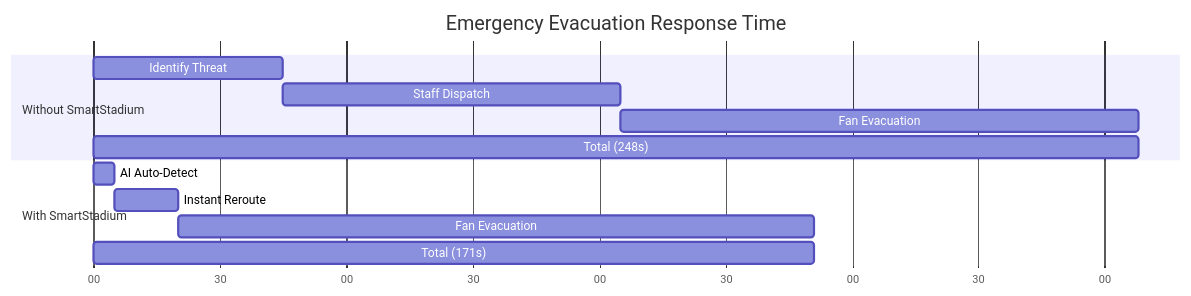
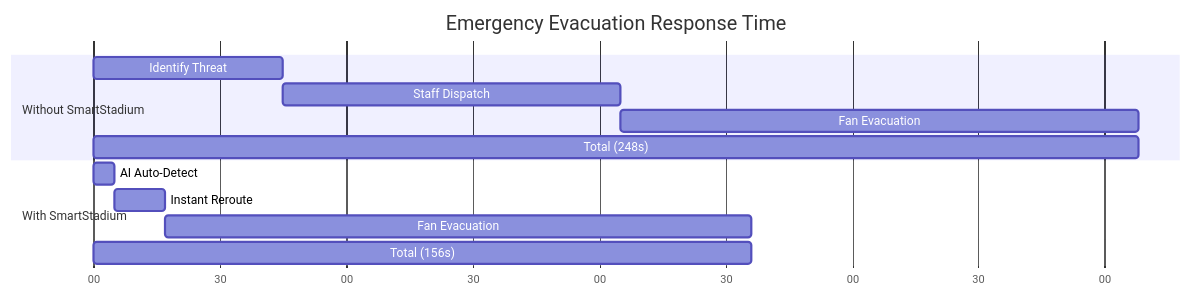
The first of 2 diagrams in README.md (RiyanshiVerma-11/SmartStadium-AI), drawn with Mermaid before and after one commit. The commit also changed other lines of this file and 2 other files, not shown here.

Commit message:
updated security and readme

````diff
--- a/README.md
+++ b/README.md
@@ -97,18 +97,18 @@
 ```mermaid
 gantt
     title Emergency Evacuation Response Time
     dateFormat  s
     axisFormat %S
     
     section Without SmartStadium
     Identify Threat  :a1, 0, 45s
     Staff Dispatch   :a2, after a1, 80s
     Fan Evacuation   :a3, after a2, 123s
     Total (248s)     :a4, 0, 248s
 
     section With SmartStadium
     AI Auto-Detect   :b1, 0, 5s
-    Instant Reroute  :b2, after b1, 15s
-    Fan Evacuation   :b3, after b2, 151s
-    Total (171s)     :b4, 0, 171s
+    Instant Reroute  :b2, after b1, 12s
+    Fan Evacuation   :b3, after b2, 139s
+    Total (156s)     :b4, 0, 156s
 ```
````
